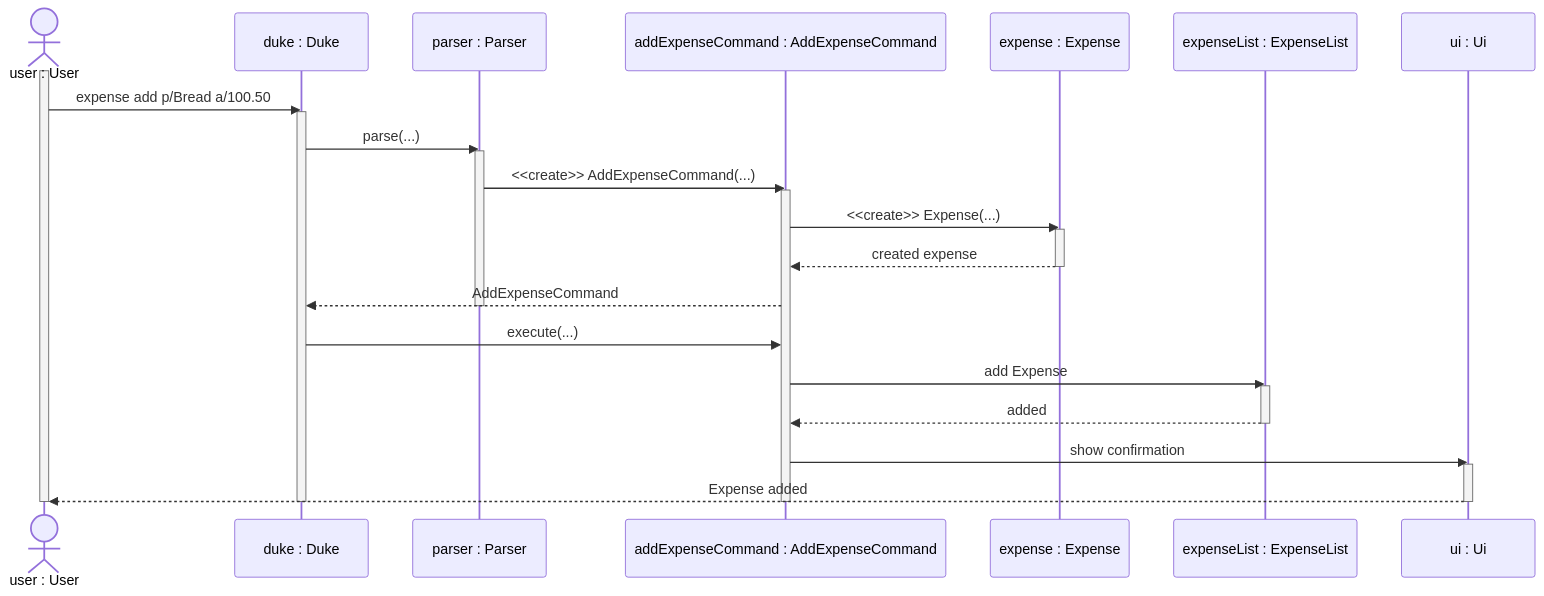
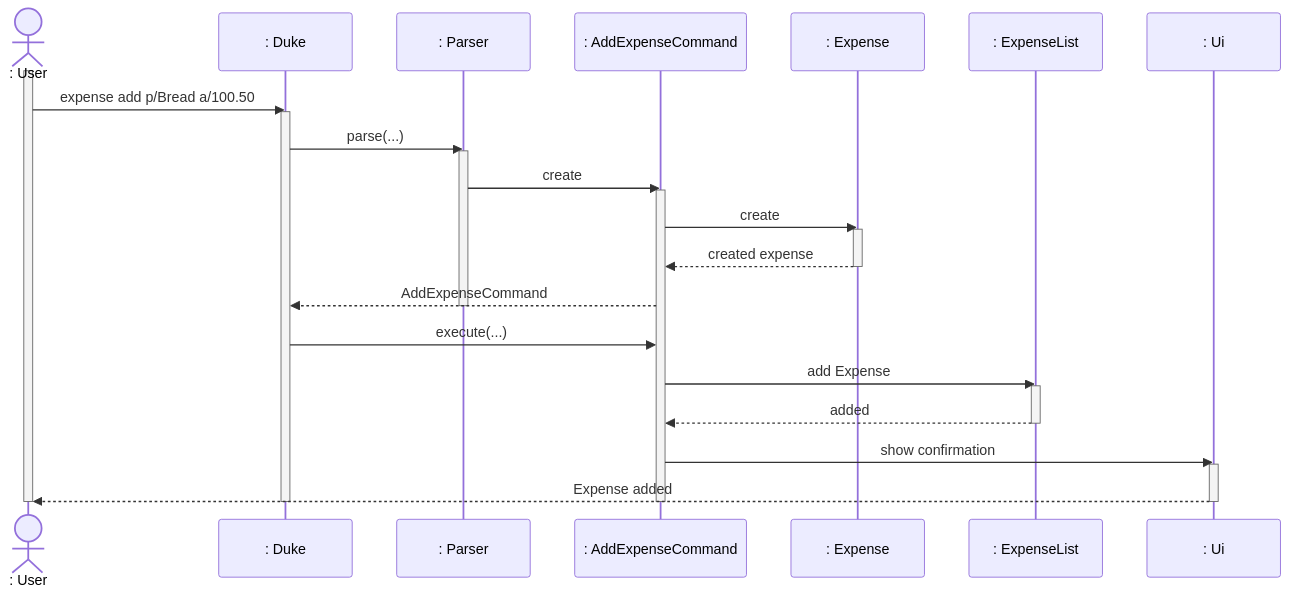
Before and after one commit to AY2627S1-CS2113-T11-1/tp: the diagram in docs/diagrams/expense-add.mmd, drawn with Mermaid. The commit also changed 5 other files, not shown here.

Commit message:
docs: refine expense sequence diagrams

```diff
--- a/docs/diagrams/expense-add.mmd
+++ b/docs/diagrams/expense-add.mmd
@@ -1,35 +1,36 @@
+%%{init: {"themeVariables": {"fontSize": "20px"}}}%%
 sequenceDiagram
-    actor User as user : User
-    participant D as duke : Duke
-    participant P as parser : Parser
-    participant C as addExpenseCommand : AddExpenseCommand
-    participant E as expense : Expense
-    participant L as expenseList : ExpenseList
-    participant U as ui : Ui
+    actor User as : User
+    participant D as : Duke
+    participant P as : Parser
+    participant C as : AddExpenseCommand
+    participant E as : Expense
+    participant L as : ExpenseList
+    participant U as : Ui
 
     activate User
     User->>D: expense add p/Bread a/100.50
     activate D
     D->>P: parse(...)
     activate P
-    P->>C: <<create>> AddExpenseCommand(...)
+    P->>C: create
     activate C
-    C->>E: <<create>> Expense(...)
+    C->>E: create
     activate E
     E-->>C: created expense
     deactivate E
     C-->>D: AddExpenseCommand
     deactivate P
     D->>C: execute(...)
     C->>L: add Expense
     activate L
     L-->>C: added
     deactivate L
     C->>U: show confirmation
     activate U
     U-->>User: Expense added
     deactivate U
     deactivate C
     destroy C
     deactivate D
     deactivate User
```
